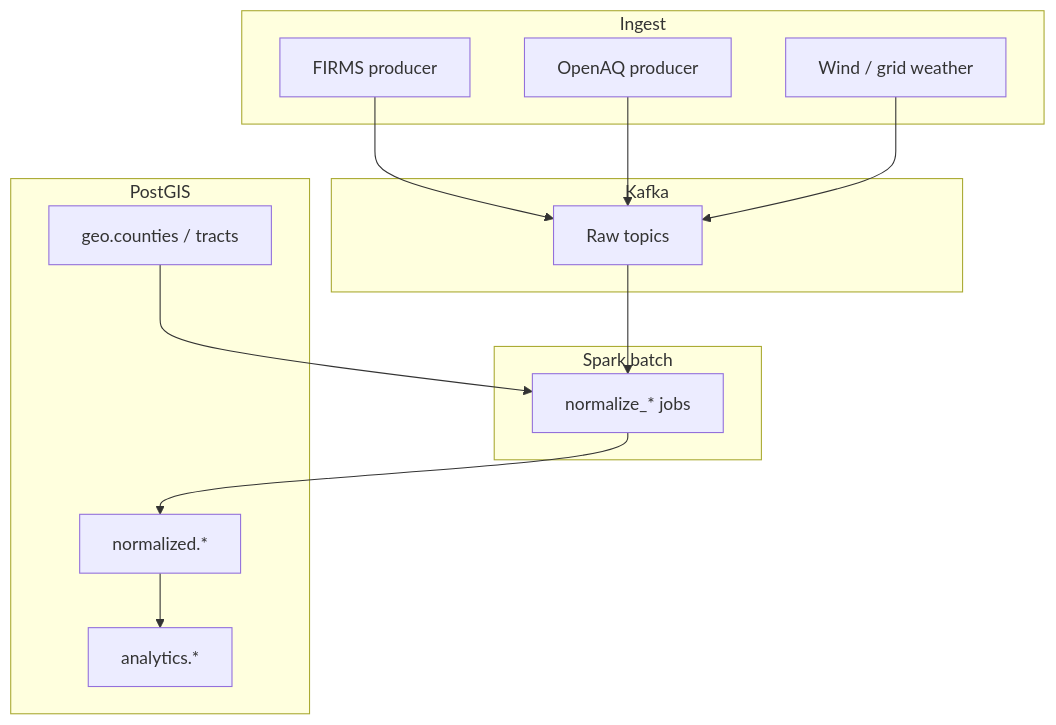
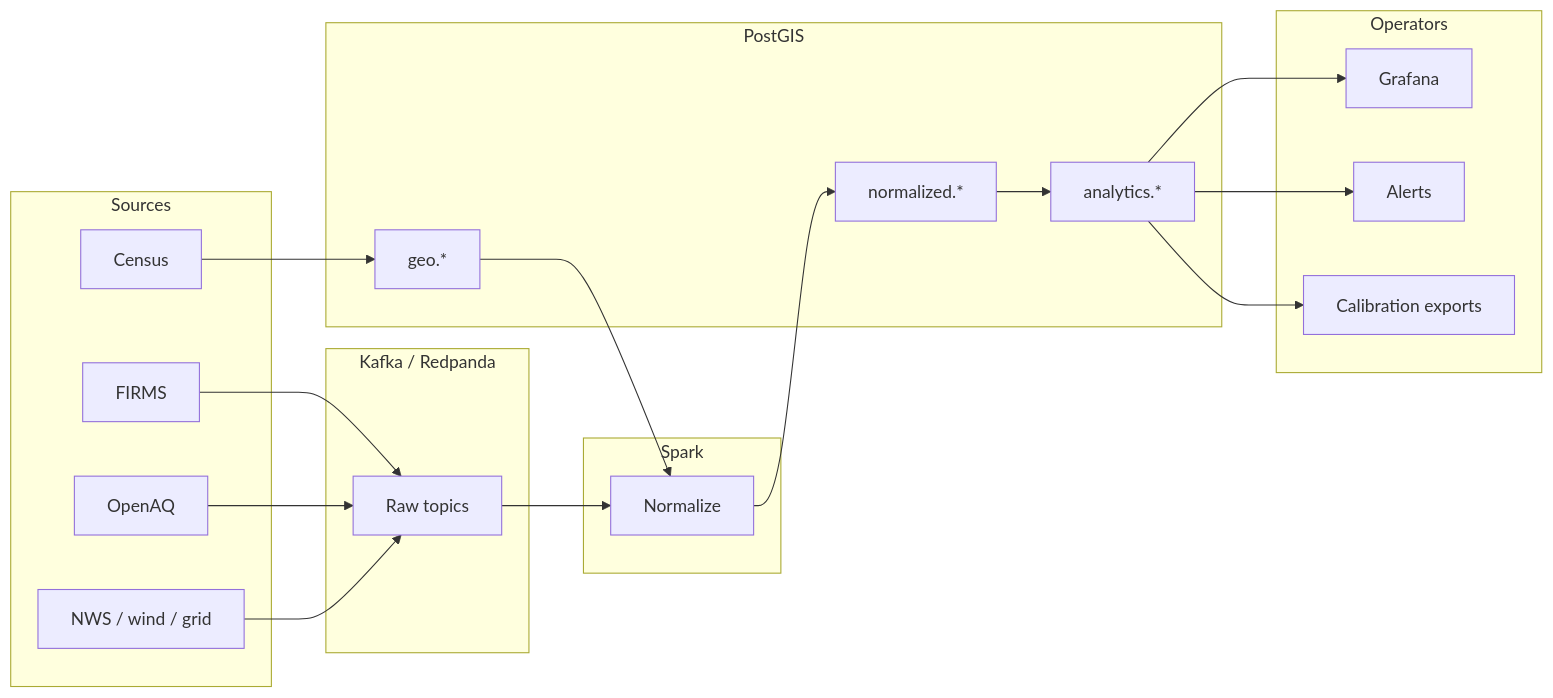
Before and after one commit to sempervent/wildfire-smoke-risk-correlator: the diagram in docs/architecture/overview.md, drawn with Mermaid. The commit also changed 10 other files, not shown here.

Commit message:
docs: polish MkDocs site and Mermaid support

````diff
--- a/docs/architecture/overview.md
+++ b/docs/architecture/overview.md
@@ -5,26 +5,36 @@
 ```mermaid
-flowchart TB
-  subgraph ingest["Ingest"]
-    FIRMS[FIRMS producer]
-    OAQ[OpenAQ producer]
-    WIND[Wind / grid weather]
+flowchart LR
+  subgraph src["Sources"]
+    F[FIRMS]
+    A[OpenAQ]
+    N[NWS / wind / grid]
+    C[Census]
   end
-  subgraph kafka["Kafka"]
-    RK[Raw topics]
+  subgraph bus["Kafka / Redpanda"]
+    R[Raw topics]
   end
-  subgraph spark["Spark batch"]
-    NORM[normalize_* jobs]
+  subgraph spark["Spark"]
+    Z[Normalize]
   end
   subgraph pg["PostGIS"]
-    GEO[geo.counties / tracts]
-    NORMT[normalized.*]
+    GEO[geo.*]
+    NZ[normalized.*]
     AN[analytics.*]
   end
-  FIRMS --> RK
-  OAQ --> RK
-  WIND --> RK
-  RK --> NORM
-  NORM --> NORMT
-  GEO --> NORM
-  NORMT --> AN
+  subgraph out["Operators"]
+    G[Grafana]
+    AL[Alerts]
+    X[Calibration exports]
+  end
+  F --> R
+  A --> R
+  N --> R
+  C --> GEO
+  R --> Z
+  GEO --> Z
+  Z --> NZ
+  NZ --> AN
+  AN --> G
+  AN --> AL
+  AN --> X
 ```
````
